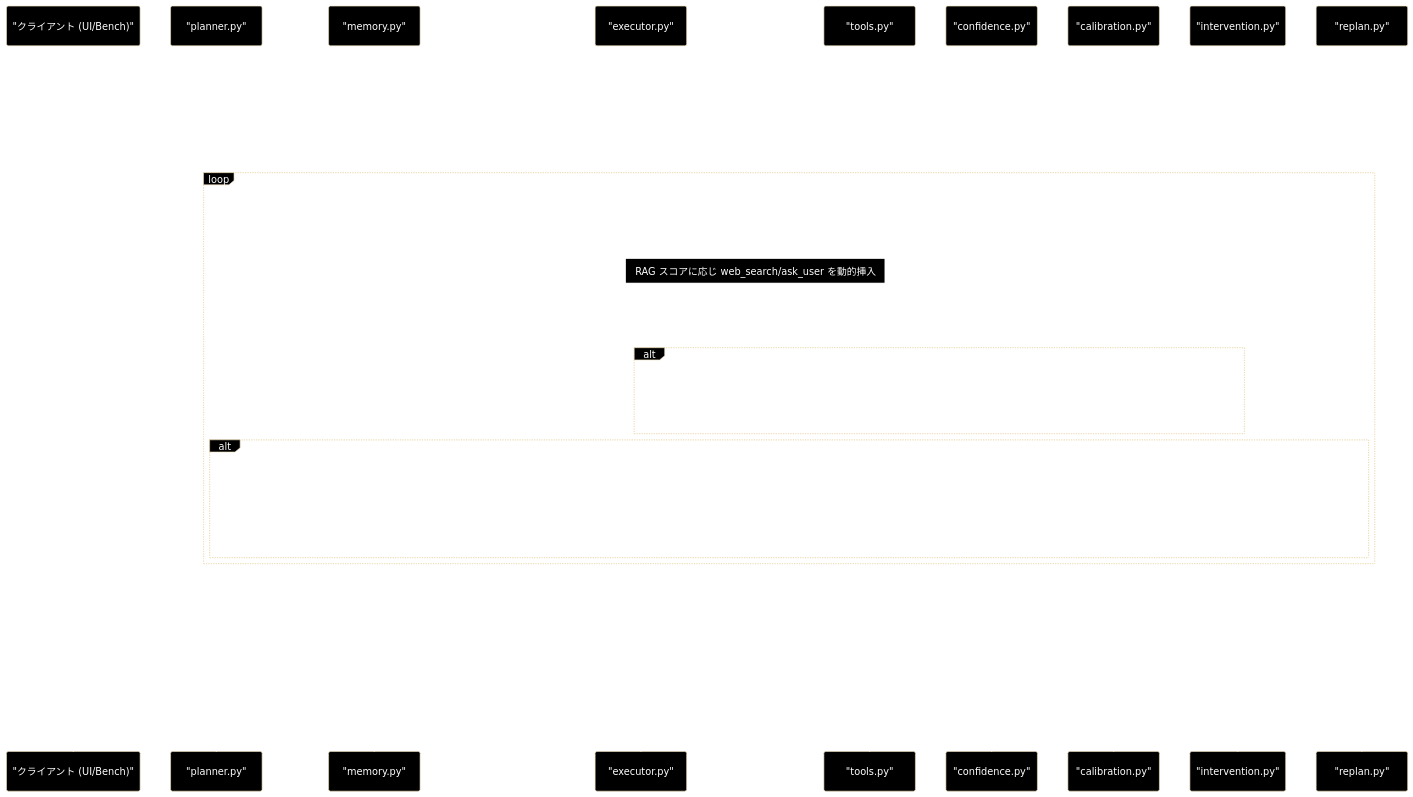
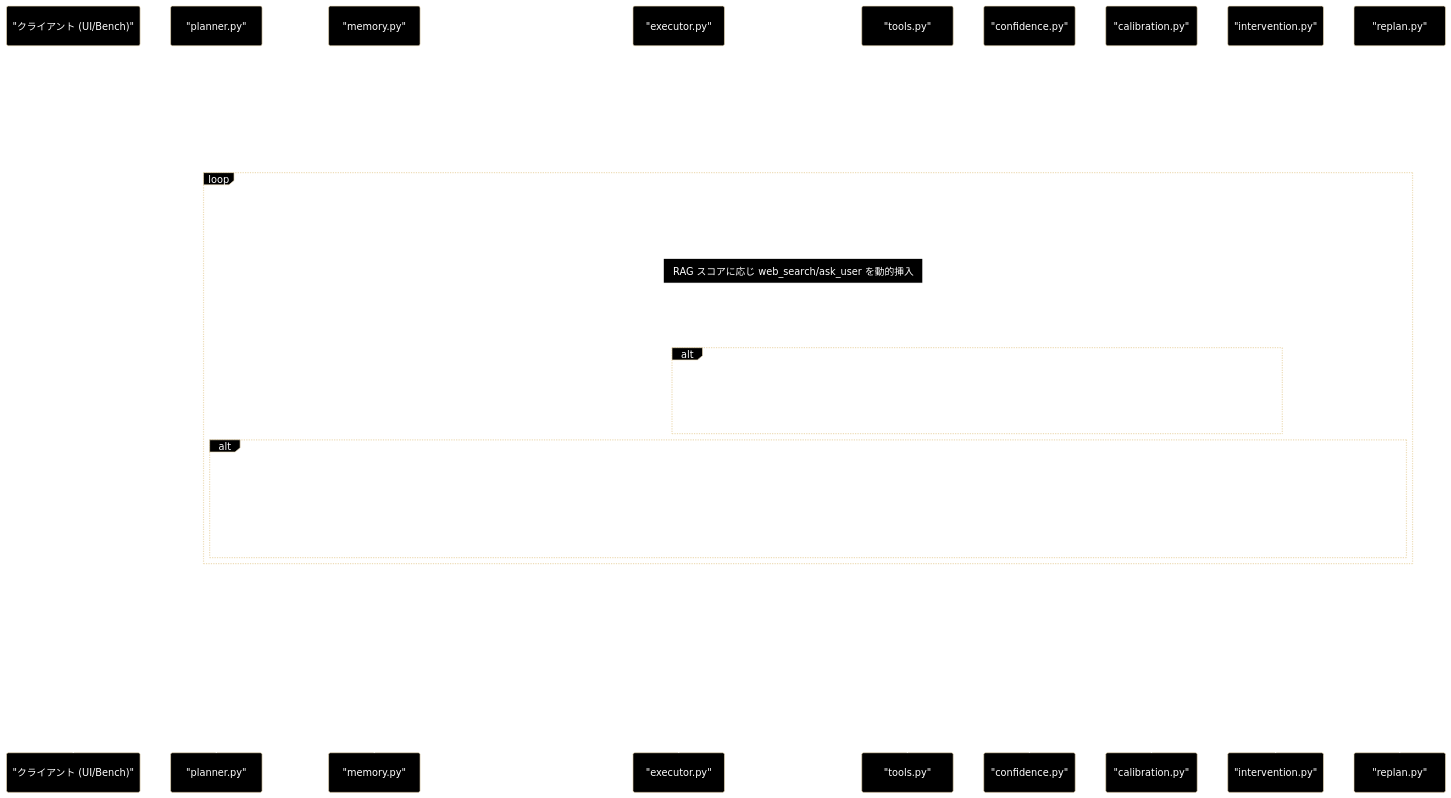
Before and after one commit to nakashima2toshio/grace_v2_local: the fifth of 6 diagrams in grace/docs/grace_core.md, drawn with Mermaid. The commit also changed other lines of this file and 4 other files, not shown here.

````diff
--- a/grace/docs/grace_core.md
+++ b/grace/docs/grace_core.md
@@ -707,47 +730,47 @@
 ```mermaid
 %%{ init: { "theme": "base", "themeVariables": {
   "background": "#000000", "mainBkg": "#000000",
   "textColor": "#ffffff", "lineColor": "#ffffff",
   "actorBkg": "#000000", "actorTextColor": "#ffffff",
   "actorLineColor": "#ffffff", "noteBkgColor": "#000000",
   "noteTextColor": "#ffffff", "noteBorderColor": "#ffffff" } } }%%
 sequenceDiagram
     participant U as "クライアント (UI/Bench)"
     participant PL as "planner.py"
     participant ME as "memory.py"
     participant EX as "executor.py"
     participant TO as "tools.py"
     participant CO as "confidence.py"
     participant CA as "calibration.py"
     participant IN as "intervention.py"
     participant RE as "replan.py"
 
     U->>PL: create_plan(query)
     ME-->>PL: collection_priors(query)
     PL-->>U: ExecutionPlan
     U->>EX: execute_plan(plan)
 
     loop 各ステップ
         EX->>TO: ToolRegistry.execute(name, **kwargs)
         TO-->>EX: ToolResult
         Note over EX,TO: RAG スコアに応じ web_search/ask_user を動的挿入
         EX->>CO: calculate(factors)
         CO-->>EX: ConfidenceScore / ActionDecision
         alt CONFIRM / ESCALATE
             EX->>IN: handle(decision, step, plan)
             IN-->>EX: 承認/修正/中断
         end
         alt 失敗 or 低信頼度
             EX->>RE: handle_step_failure(...)
             RE->>PL: create_plan() へ委譲
             RE-->>EX: 新しい ExecutionPlan
         end
     end
 
     EX->>CO: aggregate(scores)
     CO-->>EX: 全体信頼度
     EX->>CA: Calibrator.transform(overall)
     CA-->>EX: 較正済み信頼度
-    EX->>ME: record(query, collection, success, confidence)
+    EX->>ME: record_many(query, collections, success, confidence)
     EX-->>U: ExecutionResult
 ```
````
